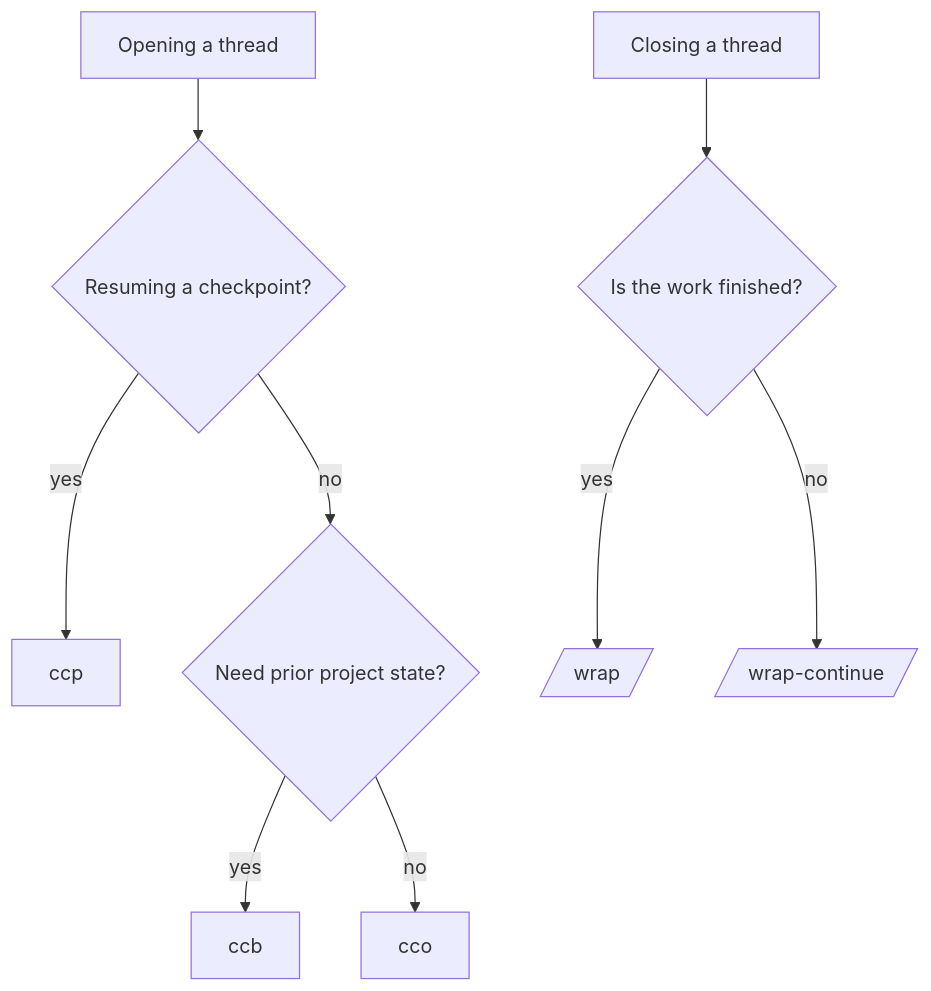
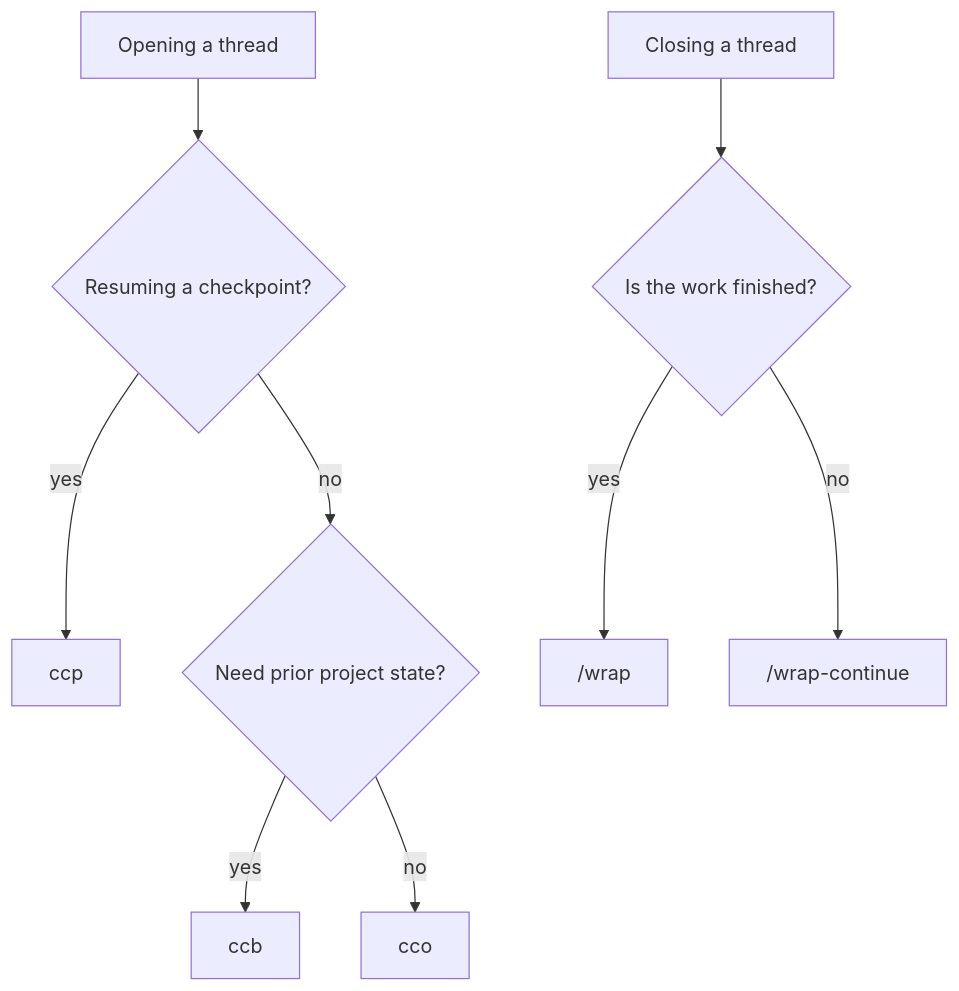
One commit to SeanSmithDesign/agent-skills changed the second of 2 diagrams in README.md. Above: the diagram before and after it, drawn with Mermaid.

Commit message:
Fix mermaid node shape for /wrap and /wrap-continue
Quote labels so slashes render as literal text instead of parallelogram
shape delimiters, matching the rectangle style of other nodes.

````diff
--- a/README.md
+++ b/README.md
@@ -100,11 +100,11 @@
 ```mermaid
 flowchart TD
     A[Opening a thread] --> B{Resuming a checkpoint?}
     B -->|yes| C[ccp]
     B -->|no| D{Need prior project state?}
     D -->|yes| E[ccb]
     D -->|no| F[cco]
     G[Closing a thread] --> H{Is the work finished?}
-    H -->|yes| I[/wrap/]
-    H -->|no| J[/wrap-continue/]
+    H -->|yes| I["/wrap"]
+    H -->|no| J["/wrap-continue"]
 ```
````
